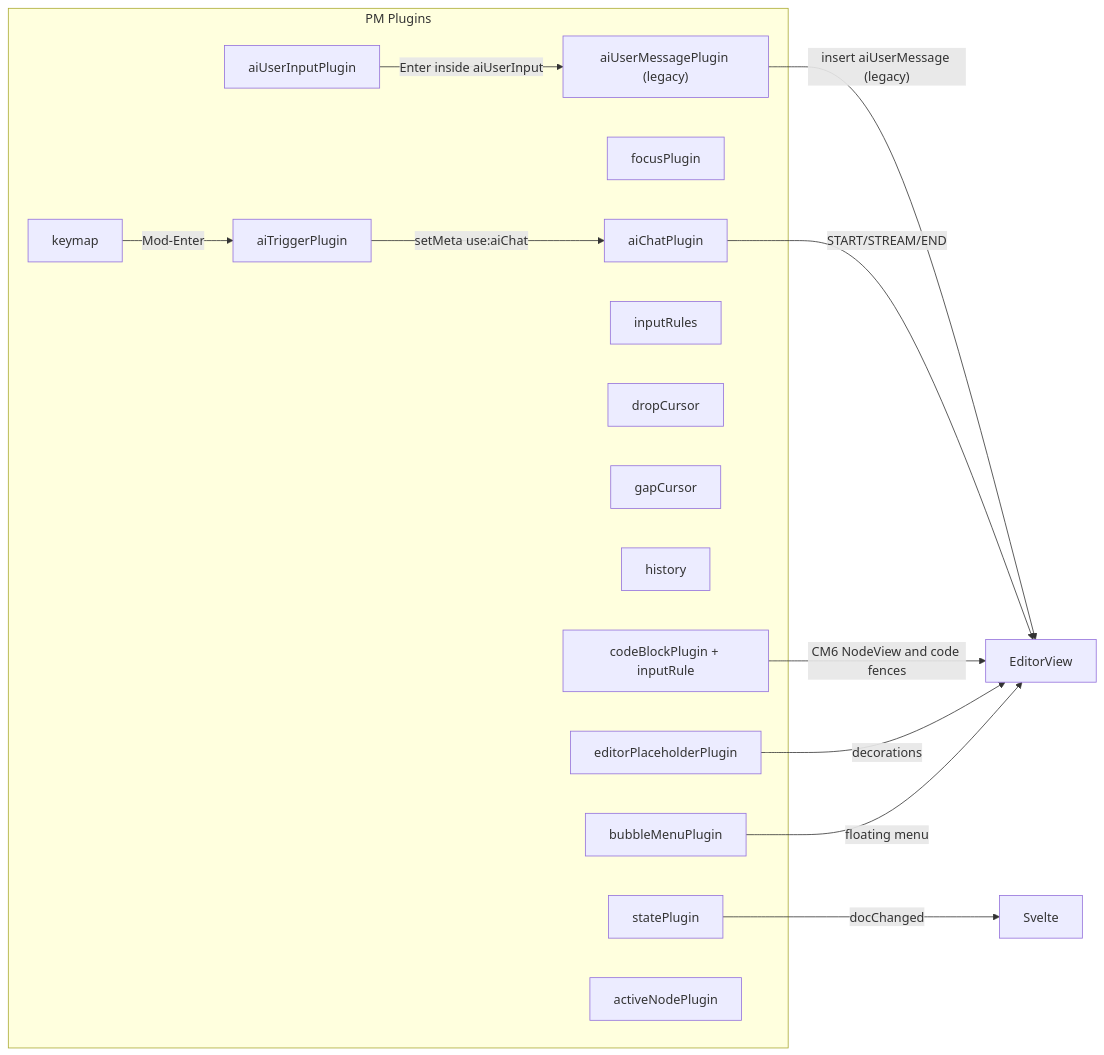
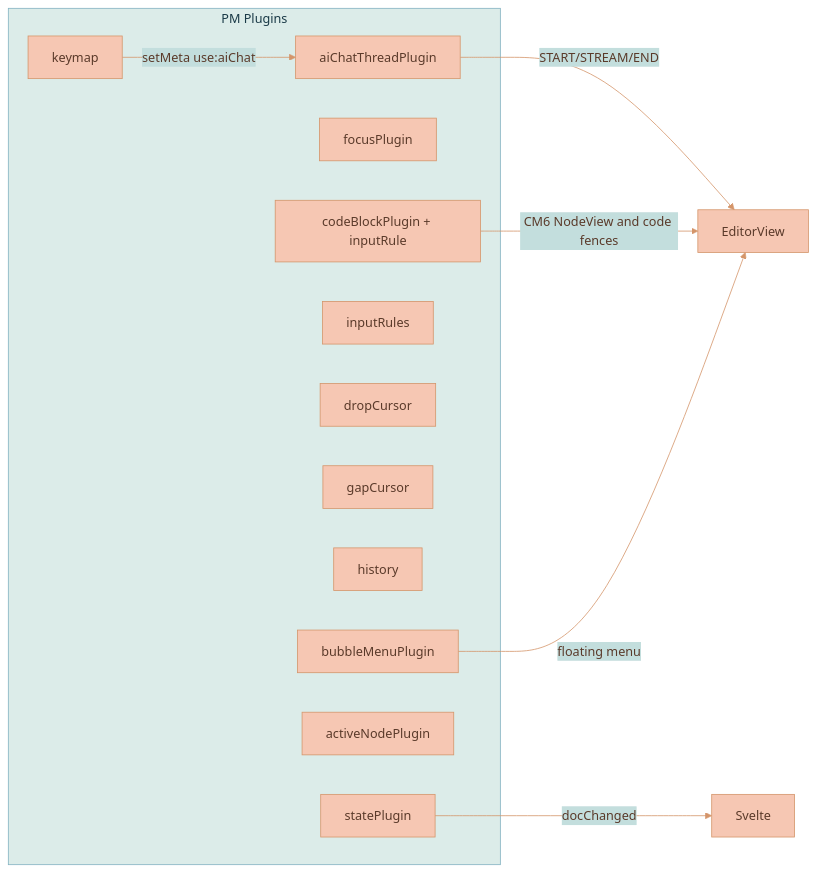
Before and after one commit to Lixpi/lixpi: the fourth of 8 diagrams in services/web-ui/src/components/proseMirror/README.md, drawn with Mermaid. The commit also changed other lines of this file and 27 other files, not shown here.

````diff
--- a/services/web-ui/src/components/proseMirror/README.md
+++ b/services/web-ui/src/components/proseMirror/README.md
@@ -127,30 +132,23 @@
 ```mermaid
+%%{init: {'theme': 'base', 'themeVariables': { 'primaryColor': '#F6C7B3', 'primaryTextColor': '#5a3a2a', 'primaryBorderColor': '#d4956a', 'secondaryColor': '#C3DEDD', 'secondaryTextColor': '#1a3a47', 'secondaryBorderColor': '#4a8a9d', 'tertiaryColor': '#DCECE9', 'tertiaryTextColor': '#1a3a47', 'tertiaryBorderColor': '#82B2C0', 'lineColor': '#d4956a', 'textColor': '#5a3a2a'}}}%%
 graph LR
   subgraph PM Plugins
     SP[statePlugin]
     FP[focusPlugin]
     BM[bubbleMenuPlugin]
     IR[inputRules]
     KM[keymap]
     DC[dropCursor]
     GC[gapCursor]
     HS[history]
-    AT[aiTriggerPlugin]
-    AU[aiUserInputPlugin]
-  AM["aiUserMessagePlugin (legacy)"]
-    AC[aiChatPlugin]
-    EP[editorPlaceholderPlugin]
   CBP["codeBlockPlugin + inputRule"]
     AN[activeNodePlugin]
+    ACT[aiChatThreadPlugin]
   end
 
-  KM-- Mod-Enter -->AT
-  AT-- setMeta use:aiChat -->AC
-  AU-- Enter inside aiUserInput -->AM
-  AM-- insert aiUserMessage (legacy) -->EditorView
-  AC-- START/STREAM/END -->EditorView
+  KM-- setMeta use:aiChat -->ACT
+  ACT-- START/STREAM/END -->EditorView
   CBP-- CM6 NodeView and code fences -->EditorView
   SP-- docChanged --> Svelte
-  EP-- decorations --> EditorView
   BM-- floating menu --> EditorView
 ```
````
